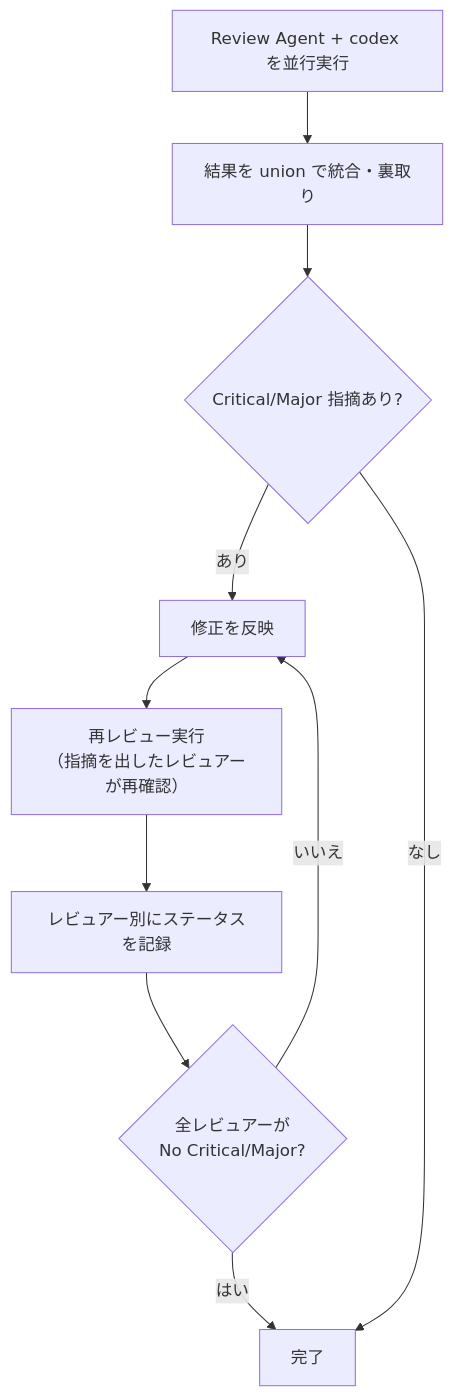
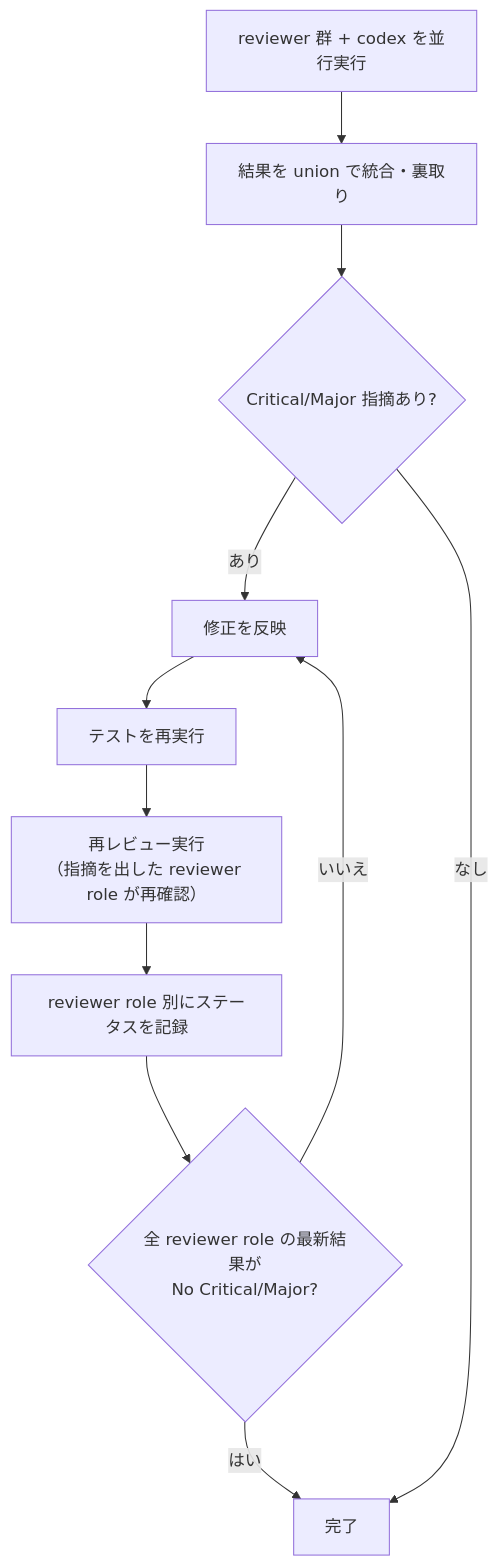
Before and after one commit to masuidrive/pdh: the third of 3 diagrams in skills/pdh-dev/SKILL.md, drawn with Mermaid. The commit also changed other lines of this file and 4 other files, not shown here.

````diff
--- a/skills/pdh-dev/SKILL.md
+++ b/skills/pdh-dev/SKILL.md
@@ -204,11 +633,13 @@
 ```mermaid
 flowchart TD
-    RA["Review Agent + codex を並行実行"] --> RB["結果を union で統合・裏取り"]
+    RA["reviewer 群 + codex を並行実行"] --> RB["結果を union で統合・裏取り"]
     RB --> RC{"Critical/Major 指摘あり?"}
-    RC -- "あり" --> RD["修正を反映"] --> RE["再レビュー実行<br/>（指摘を出したレビュアーが再確認）"]
-    RE --> RF["レビュアー別にステータスを記録"]
-    RF --> RG{"全レビュアーが<br/>No Critical/Major?"}
-    RG -- "いいえ" --> RD
-    RG -- "はい" --> RH["完了"]
-    RC -- "なし" --> RH
+    RC -- "あり" --> RD["修正を反映"]
+    RD --> RE["テストを再実行"]
+    RE --> RF["再レビュー実行<br/>（指摘を出した reviewer role が再確認）"]
+    RF --> RG["reviewer role 別にステータスを記録"]
+    RG --> RH{"全 reviewer role の最新結果が<br/>No Critical/Major?"}
+    RH -- "いいえ" --> RD
+    RH -- "はい" --> RI["完了"]
+    RC -- "なし" --> RI
 ```
````
